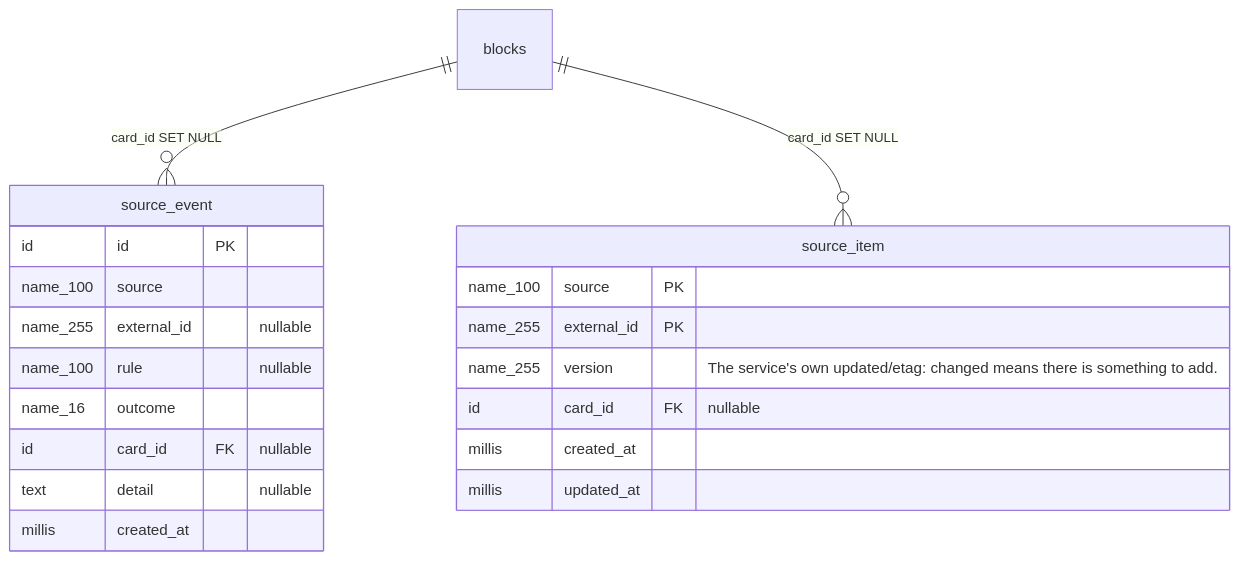
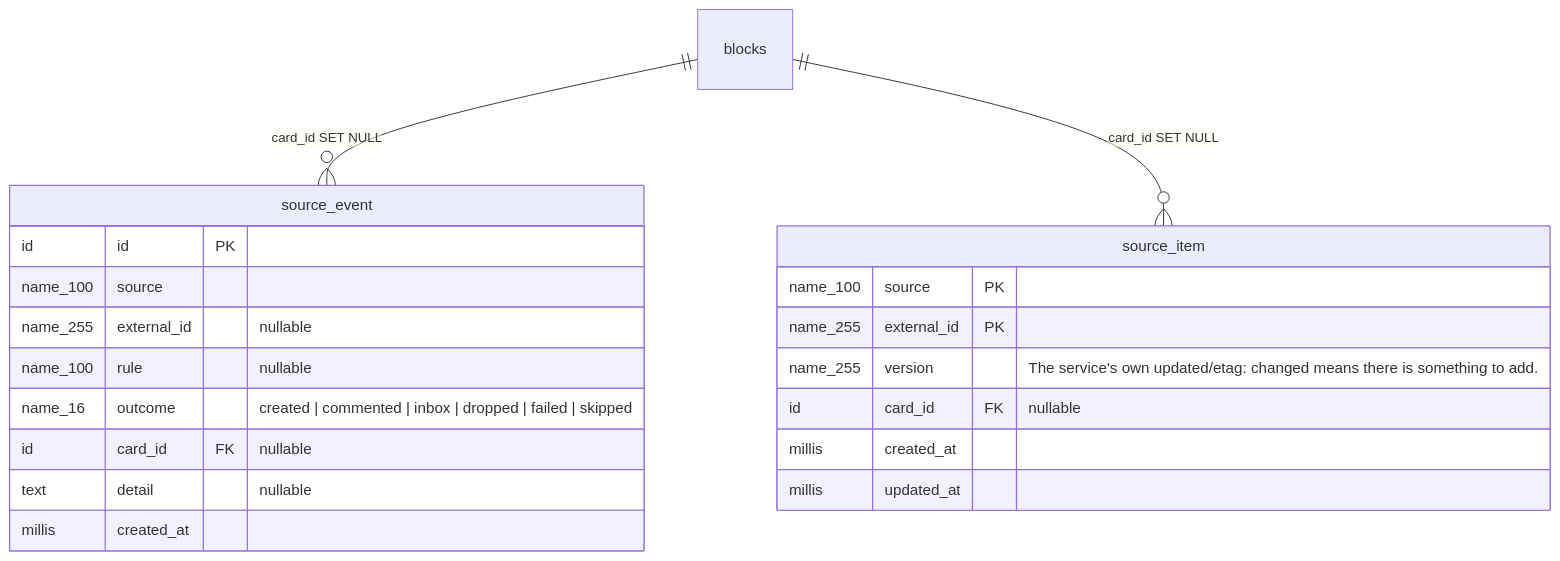
Before and after one commit to artipop/xciii: the seventh of 8 diagrams in docs/schema/erd.md, drawn with Mermaid. The commit also changed other lines of this file and 3 other files, not shown here.

First line of the commit message:
Put the closed sets on the diagram

````diff
--- a/docs/schema/erd.md
+++ b/docs/schema/erd.md
@@ -453,24 +458,24 @@
 ```mermaid
 erDiagram
     blocks ||--o{ source_event : "card_id SET NULL"
     blocks ||--o{ source_item : "card_id SET NULL"
 
     source_item {
         name_100 source PK
         name_255 external_id PK
         name_255 version "The service's own updated/etag: changed means there is something to add."
         id card_id FK "nullable"
         millis created_at
         millis updated_at
     }
     source_event {
         id id PK
         name_100 source
         name_255 external_id "nullable"
         name_100 rule "nullable"
-        name_16 outcome
+        name_16 outcome "created | commented | inbox | dropped | failed | skipped"
         id card_id FK "nullable"
         text detail "nullable"
         millis created_at
     }
 ```
````
